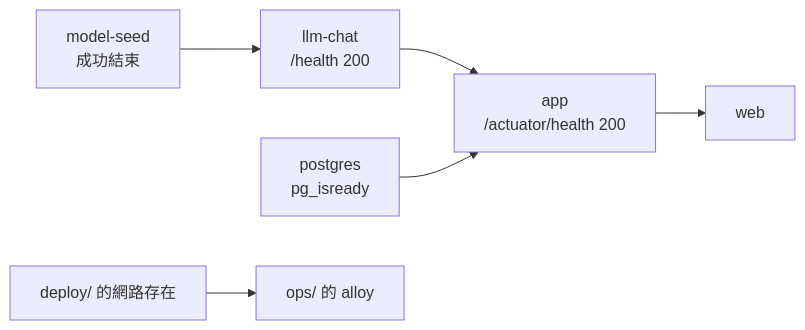
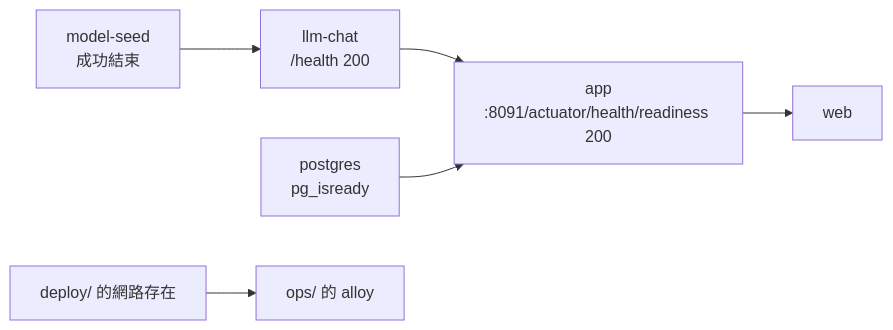
Before and after one commit to Anderson-chen/talkcal: the fourth of 5 diagrams in docs/architecture.md, drawn with Mermaid. The commit also changed 16 other files, not shown here.

````diff
--- a/docs/architecture.md
+++ b/docs/architecture.md
@@ -61,8 +61,8 @@
 ```mermaid
 flowchart LR
     seed["model-seed<br/>成功結束"] --> llm["llm-chat<br/>/health 200"]
-    llm --> app["app<br/>/actuator/health 200"]
+    llm --> app["app<br/>:8091/actuator/health/readiness 200"]
     pg["postgres<br/>pg_isready"] --> app
     app --> web["web"]
     deploy_net["deploy/ 的網路存在"] --> alloy["ops/ 的 alloy"]
 ```
````
